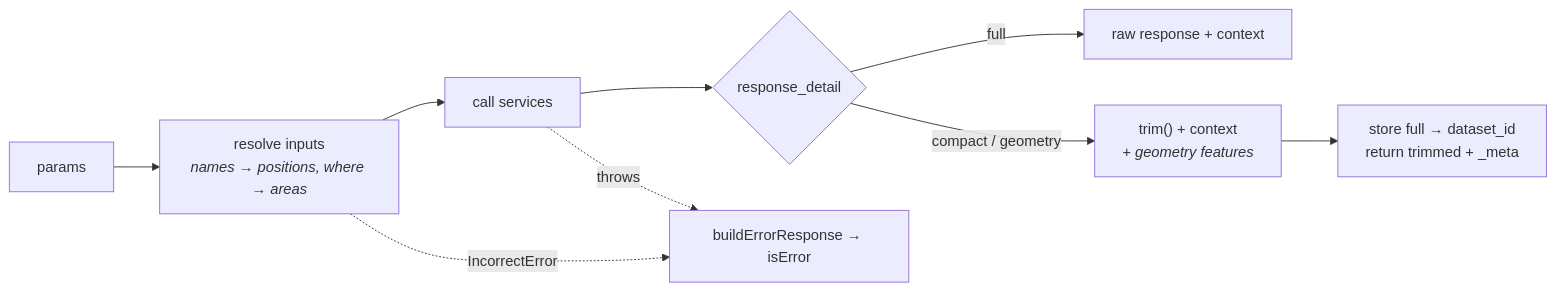
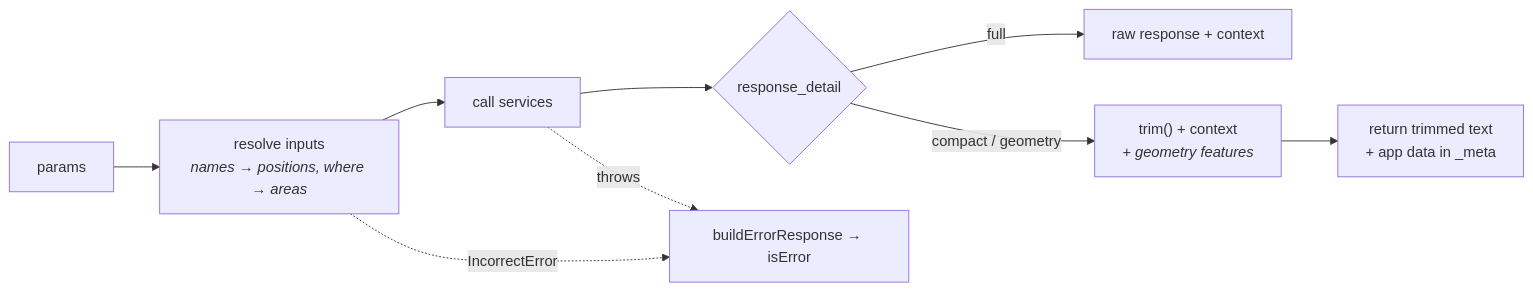
One commit to tomtom-international/tomtom-maps-mcp changed the fifth of 5 diagrams in docs/tools-architecture.md. Above: the diagram before and after it, drawn with Mermaid. The commit also changed other lines of this file and 21 other files, not shown here.

````diff
--- a/docs/tools-architecture.md
+++ b/docs/tools-architecture.md
@@ -210,11 +169,11 @@
 ```mermaid
 flowchart LR
   IN["params"] --> RESOLVE["resolve inputs<br/><i>names → positions, where → areas</i>"]
   RESOLVE --> EXEC["call services"]
   EXEC --> FULL{"response_detail"}
   FULL -->|"full"| RAW["raw response + context"]
   FULL -->|"compact / geometry"| PROJ["trim() + context<br/><i>+ geometry features</i>"]
-  PROJ --> BUILD["store full → dataset_id<br/>return trimmed + _meta"]
+  PROJ --> BUILD["return trimmed text<br/>+ app data in _meta"]
   RESOLVE -.->|"IncorrectError"| CATCH["buildErrorResponse → isError"]
   EXEC -.->|"throws"| CATCH
 ```
````
